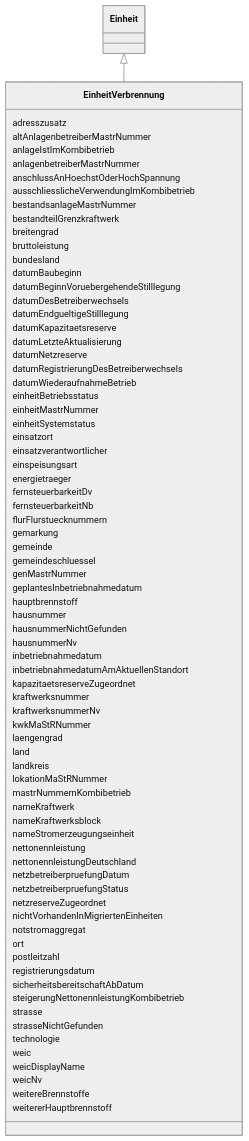
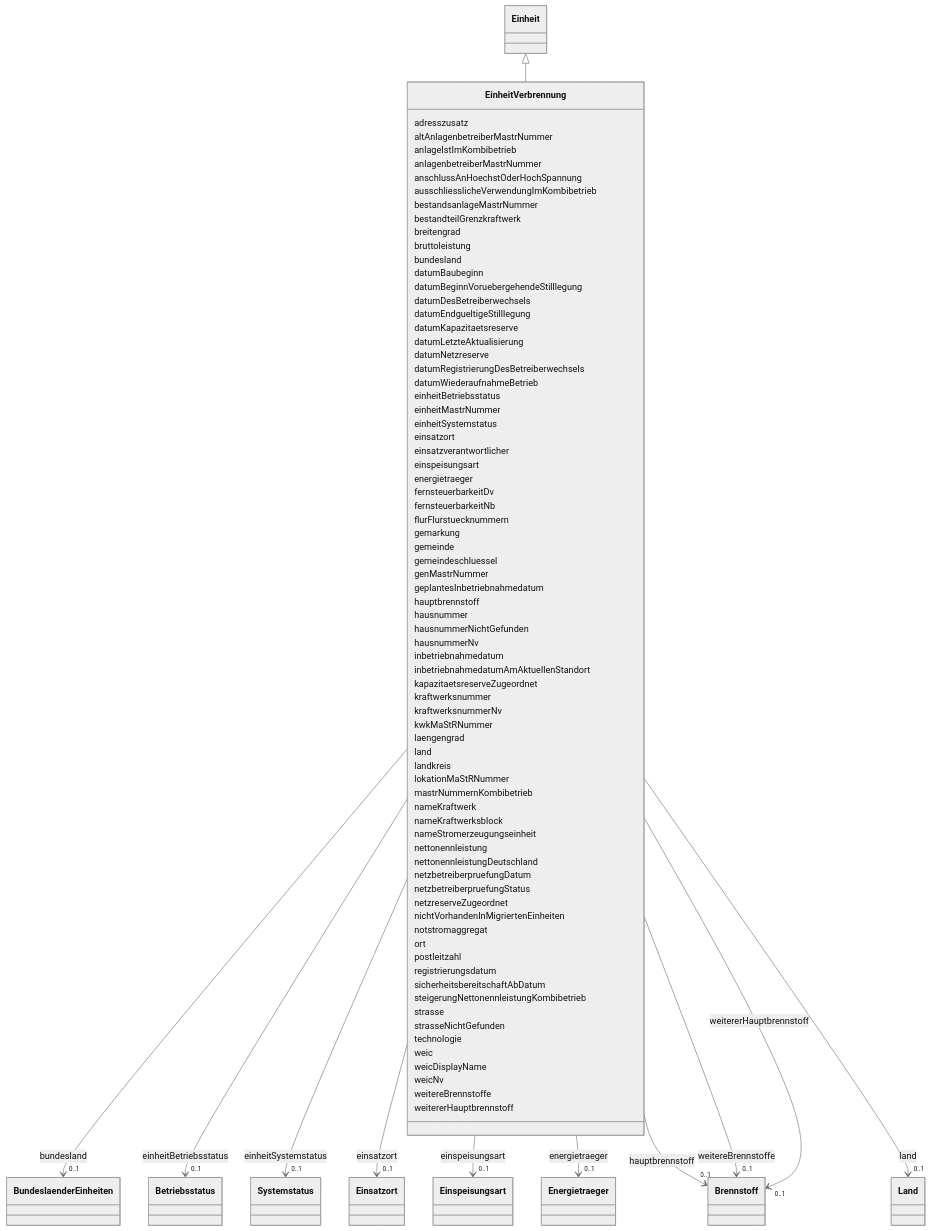
Before and after one commit to FlorianK13/mastr-model: the diagram in docs/schema/classes/EinheitVerbrennung.md, drawn with Mermaid (neutral theme). The commit also changed other lines of this file and 86 other files, not shown here.

````diff
--- a/docs/schema/classes/EinheitVerbrennung.md
+++ b/docs/schema/classes/EinheitVerbrennung.md
@@ -44,6 +44,15 @@
         
       EinheitVerbrennung : bundesland
         
+          
+    
+        
+        
+        EinheitVerbrennung --> "0..1" BundeslaenderEinheiten : bundesland
+        click BundeslaenderEinheiten href "../../enums/BundeslaenderEinheiten/"
+    
+
+        
       EinheitVerbrennung : datumBaubeginn
         
       EinheitVerbrennung : datumBeginnVoruebergehendeStilllegung
@@ -64,17 +73,62 @@
         
       EinheitVerbrennung : einheitBetriebsstatus
         
+          
+    
+        
+        
+        EinheitVerbrennung --> "0..1" Betriebsstatus : einheitBetriebsstatus
+        click Betriebsstatus href "../../enums/Betriebsstatus/"
+    
+
+        
       EinheitVerbrennung : einheitMastrNummer
         
       EinheitVerbrennung : einheitSystemstatus
         
+          
+    
+        
+        
+        EinheitVerbrennung --> "0..1" Systemstatus : einheitSystemstatus
+        click Systemstatus href "../../enums/Systemstatus/"
+    
+
+        
       EinheitVerbrennung : einsatzort
+        
+          
+    
+        
+        
+        EinheitVerbrennung --> "0..1" Einsatzort : einsatzort
+        click Einsatzort href "../../enums/Einsatzort/"
+    
+
         
       EinheitVerbrennung : einsatzverantwortlicher
         
       EinheitVerbrennung : einspeisungsart
         
+          
+    
+        
+        
+        EinheitVerbrennung --> "0..1" Einspeisungsart : einspeisungsart
+        click Einspeisungsart href "../../enums/Einspeisungsart/"
+    
+
+        
       EinheitVerbrennung : energietraeger
+        
+          
+    
+        
+        
+        EinheitVerbrennung --> "0..1" Energietraeger : energietraeger
+        click Energietraeger href "../../enums/Energietraeger/"
+    
+
         
       EinheitVerbrennung : fernsteuerbarkeitDv
         
@@ -93,6 +147,15 @@
       EinheitVerbrennung : geplantesInbetriebnahmedatum
         
       EinheitVerbrennung : hauptbrennstoff
+        
+          
+    
+        
+        
+        EinheitVerbrennung --> "0..1" Brennstoff : hauptbrennstoff
+        click Brennstoff href "../../enums/Brennstoff/"
+    
+
         
       EinheitVerbrennung : hausnummer
         
@@ -115,6 +178,15 @@
       EinheitVerbrennung : laengengrad
         
       EinheitVerbrennung : land
+        
+          
+    
+        
+        
+        EinheitVerbrennung --> "0..1" Land : land
+        click Land href "../../enums/Land/"
+    
+
         
       EinheitVerbrennung : landkreis
         
@@ -166,7 +238,25 @@
         
       EinheitVerbrennung : weitereBrennstoffe
         
+          
+    
+        
+        
+        EinheitVerbrennung --> "0..1" Brennstoff : weitereBrennstoffe
+        click Brennstoff href "../../enums/Brennstoff/"
+    
+
+        
       EinheitVerbrennung : weitererHauptbrennstoff
+        
+          
+    
+        
+        
+        EinheitVerbrennung --> "0..1" Brennstoff : weitererHauptbrennstoff
+        click Brennstoff href "../../enums/Brennstoff/"
+    
+
         
       
 ```
````
